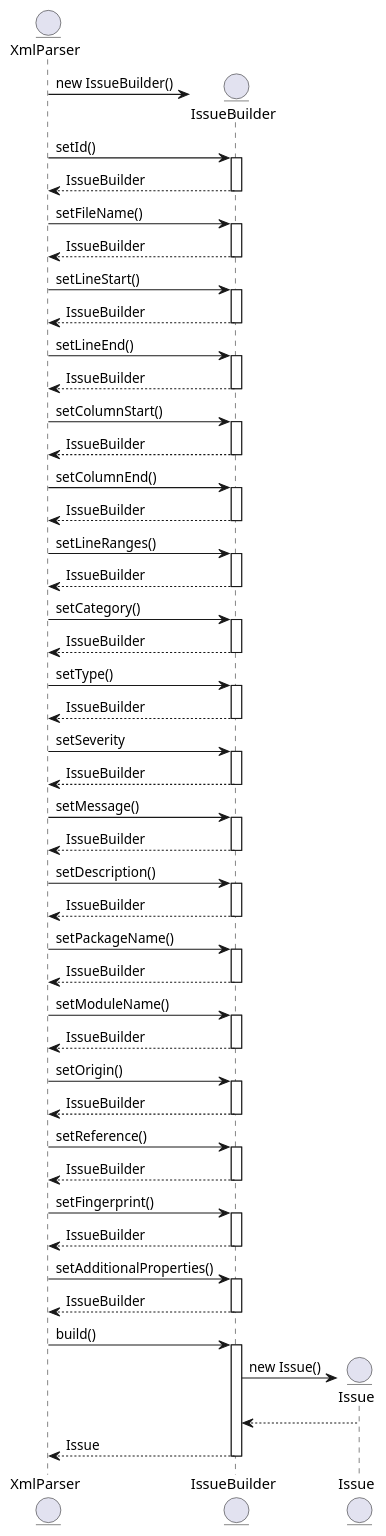
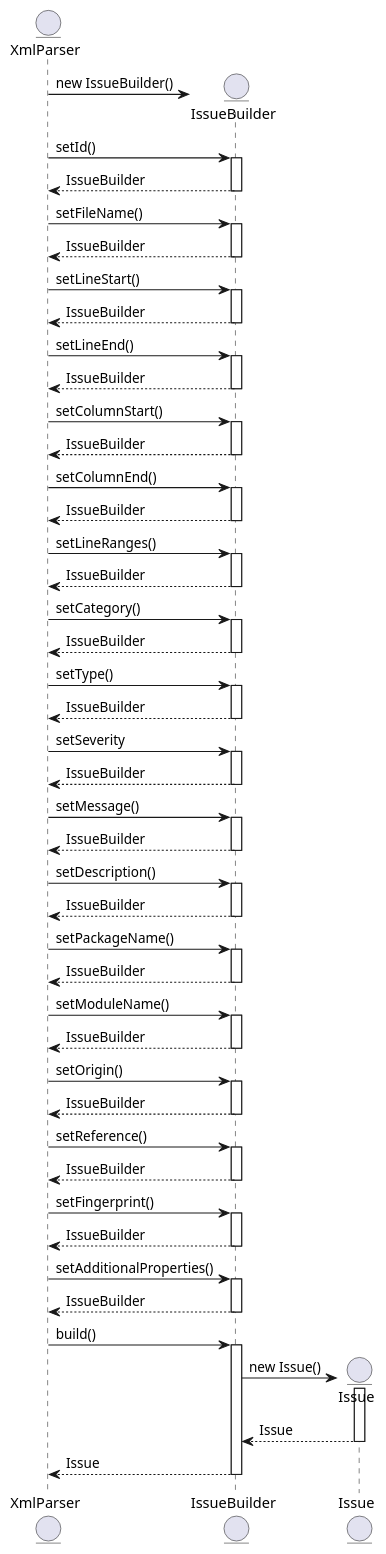
The diagram in doc/BuilderPatternDynamic-Issue.puml (jenkinsci/analysis-model), drawn with PlantUML before and after one commit. The commit also changed 8 other files, not shown here.

Commit message:
Improved on the UML Diagrams and added tests for the new LineRangeBuilder and IssueDifferenceBuilder. Also incremented the version in the pom.xml

```diff
--- a/doc/BuilderPatternDynamic-Issue.puml
+++ b/doc/BuilderPatternDynamic-Issue.puml
@@ -1,69 +1,69 @@
 @startuml
 
 entity XmlParser
 entity IssueBuilder
 entity Issue
 
 XmlParser -> IssueBuilder **: new IssueBuilder()
 
 XmlParser -> IssueBuilder ++: setId()
 return IssueBuilder
 
 XmlParser -> IssueBuilder ++: setFileName()
 return IssueBuilder
 
 XmlParser -> IssueBuilder ++: setLineStart()
 return IssueBuilder
 
 XmlParser -> IssueBuilder ++: setLineEnd()
 return IssueBuilder
 
 XmlParser -> IssueBuilder ++: setColumnStart()
 return IssueBuilder
 
 XmlParser -> IssueBuilder ++:setColumnEnd()
 return IssueBuilder
 
 XmlParser -> IssueBuilder ++: setLineRanges()
 return IssueBuilder
 
 XmlParser -> IssueBuilder ++: setCategory()
 return IssueBuilder
 
 XmlParser -> IssueBuilder ++: setType()
 return IssueBuilder
 
 XmlParser -> IssueBuilder ++: setSeverity
 return IssueBuilder
 
 XmlParser -> IssueBuilder ++: setMessage()
 return IssueBuilder
 
 XmlParser -> IssueBuilder ++: setDescription()
 return IssueBuilder
 
 XmlParser -> IssueBuilder ++: setPackageName()
 return IssueBuilder
 
 XmlParser -> IssueBuilder ++: setModuleName()
 return IssueBuilder
 
 XmlParser -> IssueBuilder ++: setOrigin()
 return IssueBuilder
 
 XmlParser -> IssueBuilder ++: setReference()
 return IssueBuilder
 
 XmlParser -> IssueBuilder ++: setFingerprint()
 return IssueBuilder
 
 XmlParser -> IssueBuilder ++: setAdditionalProperties()
 return IssueBuilder
 
 XmlParser -> IssueBuilder ++: build()
 IssueBuilder -> Issue **: new Issue()
-Issue --> IssueBuilder
+activate Issue
+return Issue
 return Issue
 
-
 @enduml
```
